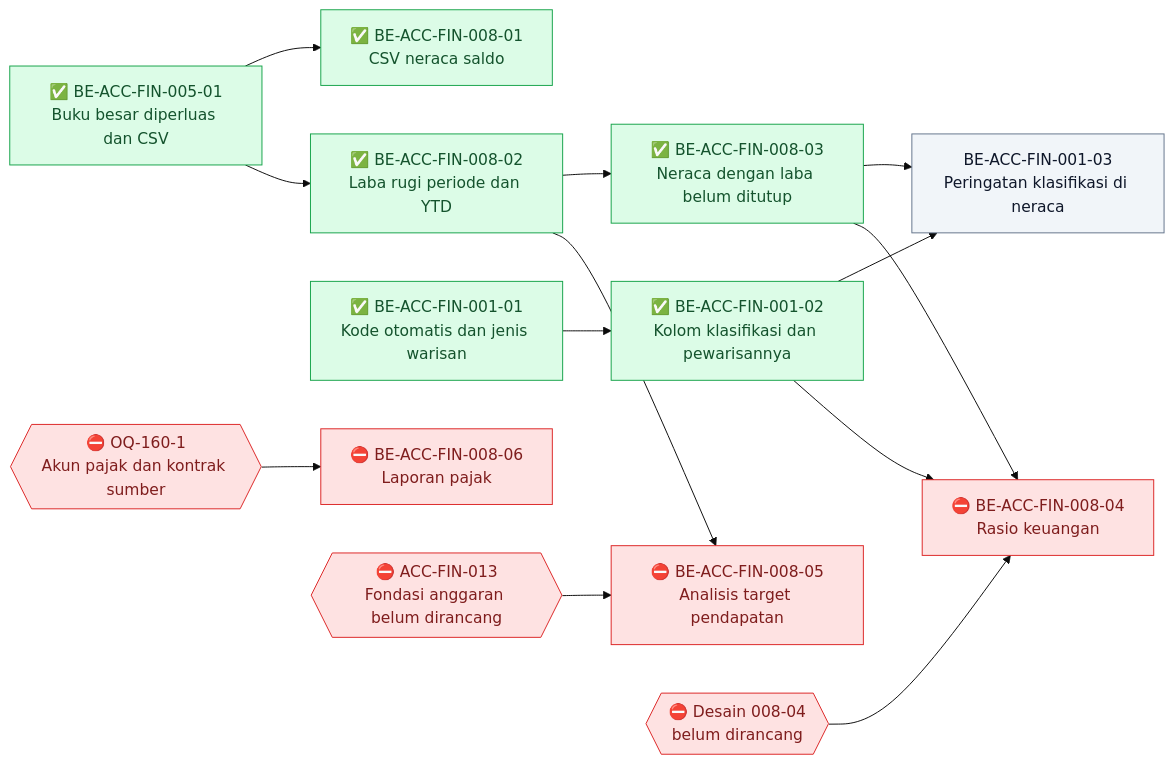
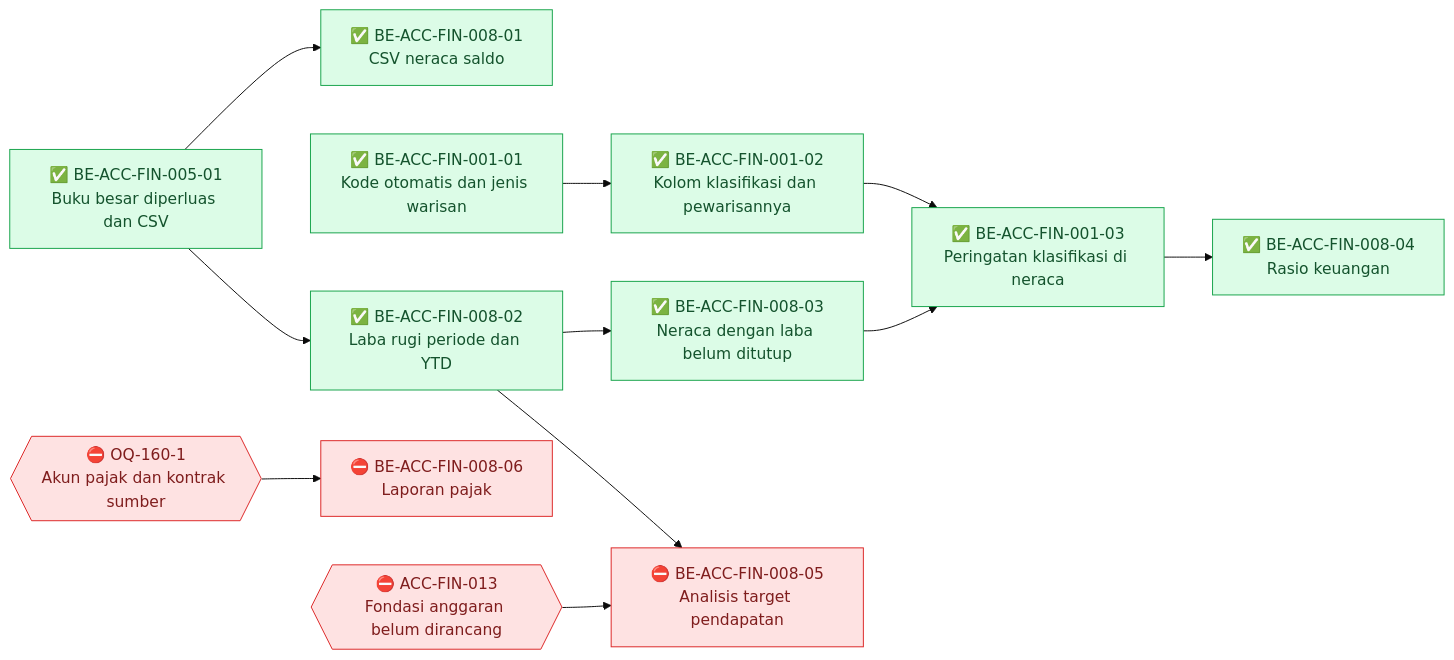
The diagram in docs/module-blueprints/accounting/roadmap/backend-roadmap-finishing.md (DevBenari/NewQuilvianSystemBackend), drawn with Mermaid (base theme) before and after one commit. The commit also changed other lines of this file and 20 other files, not shown here.

First line of the commit message:
docs(accounting): laporan FIN-4/FIN-5, desain rasio 008-04, dan desain anggaran ACC-FIN-013 (draft)

````diff
--- a/docs/module-blueprints/accounting/roadmap/backend-roadmap-finishing.md
+++ b/docs/module-blueprints/accounting/roadmap/backend-roadmap-finishing.md
@@ -43,35 +43,32 @@
 ```mermaid
 flowchart LR
     classDef selesai fill:#DCFCE7,stroke:#16A34A,color:#14532D
     classDef sebagian fill:#FEF9C3,stroke:#CA8A04,color:#713F12
     classDef terblokir fill:#FEE2E2,stroke:#DC2626,color:#7F1D1D
     classDef belum fill:#F1F5F9,stroke:#64748B,color:#0F172A
     classDef luar fill:#EDE9FE,stroke:#7C3AED,color:#3B0764
 
     BEACCFIN00501["✅ BE-ACC-FIN-005-01<br/>Buku besar diperluas dan CSV"]:::selesai
     BEACCFIN00801["✅ BE-ACC-FIN-008-01<br/>CSV neraca saldo"]:::selesai
     BEACCFIN00802["✅ BE-ACC-FIN-008-02<br/>Laba rugi periode dan YTD"]:::selesai
     BEACCFIN00803["✅ BE-ACC-FIN-008-03<br/>Neraca dengan laba belum ditutup"]:::selesai
     BEACCFIN00101["✅ BE-ACC-FIN-001-01<br/>Kode otomatis dan jenis warisan"]:::selesai
     BEACCFIN00102["✅ BE-ACC-FIN-001-02<br/>Kolom klasifikasi dan pewarisannya"]:::selesai
-    BEACCFIN00103["BE-ACC-FIN-001-03<br/>Peringatan klasifikasi di neraca"]:::belum
-    BEACCFIN00804["⛔ BE-ACC-FIN-008-04<br/>Rasio keuangan"]:::terblokir
+    BEACCFIN00103["✅ BE-ACC-FIN-001-03<br/>Peringatan klasifikasi di neraca"]:::selesai
+    BEACCFIN00804["✅ BE-ACC-FIN-008-04<br/>Rasio keuangan"]:::selesai
     BEACCFIN00805["⛔ BE-ACC-FIN-008-05<br/>Analisis target pendapatan"]:::terblokir
     BEACCFIN00806["⛔ BE-ACC-FIN-008-06<br/>Laporan pajak"]:::terblokir
-    D804{{"⛔ Desain 008-04<br/>belum dirancang"}}:::terblokir
     F013{{"⛔ ACC-FIN-013<br/>Fondasi anggaran belum dirancang"}}:::terblokir
     OQ1601{{"⛔ OQ-160-1<br/>Akun pajak dan kontrak sumber"}}:::terblokir
 
     BEACCFIN00501 --> BEACCFIN00801
     BEACCFIN00501 --> BEACCFIN00802
     BEACCFIN00802 --> BEACCFIN00803
     BEACCFIN00101 --> BEACCFIN00102
     BEACCFIN00102 --> BEACCFIN00103
     BEACCFIN00803 --> BEACCFIN00103
-    BEACCFIN00803 --> BEACCFIN00804
-    BEACCFIN00102 --> BEACCFIN00804
-    D804 --> BEACCFIN00804
+    BEACCFIN00103 --> BEACCFIN00804
     BEACCFIN00802 --> BEACCFIN00805
     F013 --> BEACCFIN00805
     OQ1601 --> BEACCFIN00806
 ```
````
